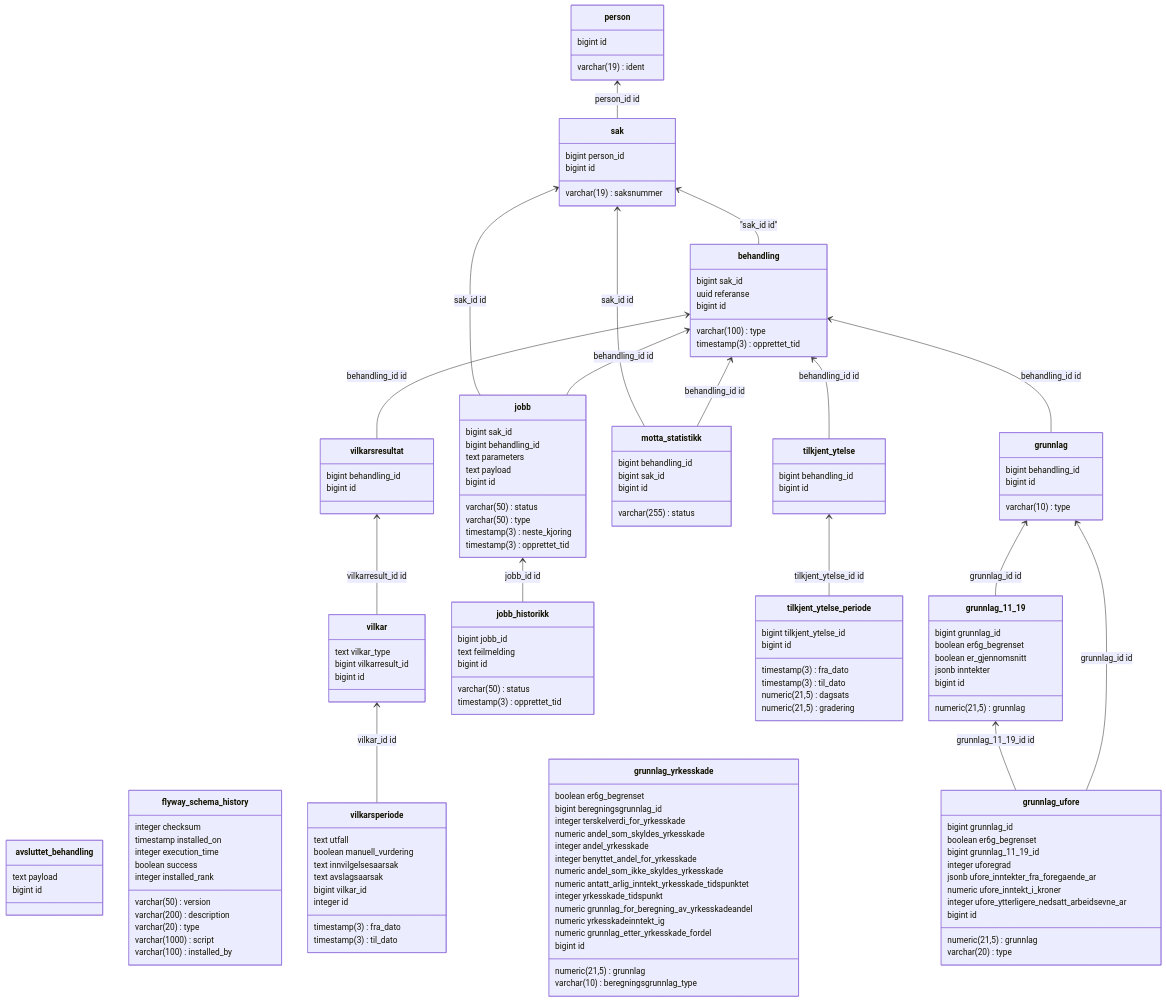
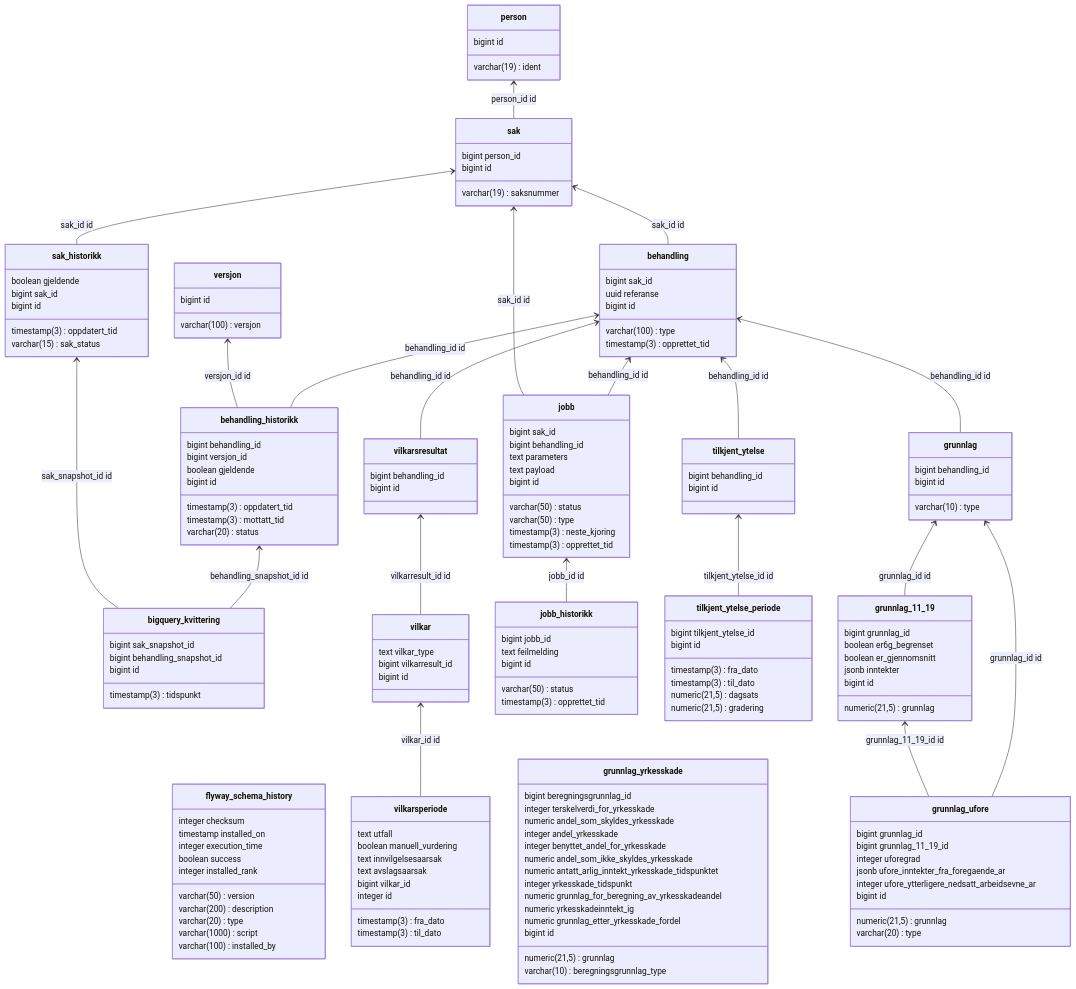
The second of 2 diagrams in docs/funksjonalitet/09_Statistikk/teknisk.md (navikt/aap-intern-sysdok), drawn with Mermaid before and after one commit. The commit also changed other lines of this file, not shown here.

Commit message:
Oppdater arkitekturtegninger statistikkapp

````diff
--- a/docs/funksjonalitet/09_Statistikk/teknisk.md
+++ b/docs/funksjonalitet/09_Statistikk/teknisk.md
@@ -102,15 +94,26 @@
 ```mermaid
 classDiagram
 direction BT
-class avsluttet_behandling {
-   text payload
-   bigint id
-}
 class behandling {
    bigint sak_id
    uuid referanse
    varchar(100) type
    timestamp(3) opprettet_tid
+   bigint id
+}
+class behandling_historikk {
+   bigint behandling_id
+   bigint versjon_id
+   boolean gjeldende
+   timestamp(3) oppdatert_tid
+   timestamp(3) mottatt_tid
+   varchar(20) status
+   bigint id
+}
+class bigquery_kvittering {
+   bigint sak_snapshot_id
+   bigint behandling_snapshot_id
+   timestamp(3) tidspunkt
    bigint id
 }
 class flyway_schema_history {
@@ -141,18 +144,15 @@
 class grunnlag_ufore {
    bigint grunnlag_id
    numeric(21,5) grunnlag
-   boolean er6g_begrenset
    varchar(20) type
    bigint grunnlag_11_19_id
    integer uforegrad
    jsonb ufore_inntekter_fra_foregaende_ar
-   numeric ufore_inntekt_i_kroner
    integer ufore_ytterligere_nedsatt_arbeidsevne_ar
    bigint id
 }
 class grunnlag_yrkesskade {
    numeric(21,5) grunnlag
-   boolean er6g_begrenset
    bigint beregningsgrunnlag_id
    varchar(10) beregningsgrunnlag_type
    integer terskelverdi_for_yrkesskade
@@ -185,12 +185,6 @@
    timestamp(3) opprettet_tid
    bigint id
 }
-class motta_statistikk {
-   bigint behandling_id
-   bigint sak_id
-   varchar(255) status
-   bigint id
-}
 class person {
    varchar(19) ident
    bigint id
@@ -198,6 +192,13 @@
 class sak {
    varchar(19) saksnummer
    bigint person_id
+   bigint id
+}
+class sak_historikk {
+   boolean gjeldende
+   timestamp(3) oppdatert_tid
+   bigint sak_id
+   varchar(15) sak_status
    bigint id
 }
 class tilkjent_ytelse {
@@ -210,6 +211,10 @@
    numeric(21,5) dagsats
    numeric(21,5) gradering
    bigint tilkjent_ytelse_id
+   bigint id
+}
+class versjon {
+   varchar(100) versjon
    bigint id
 }
 class vilkar {
@@ -232,8 +237,11 @@
    bigint id
 }
 
-behandling  -->  sak : "sak_id id"
-
+behandling  -->  sak : sak_id id
+behandling_historikk  -->  behandling : behandling_id id
+behandling_historikk  -->  versjon : versjon_id id
+bigquery_kvittering  -->  behandling_historikk : behandling_snapshot_id id
+bigquery_kvittering  -->  sak_historikk : sak_snapshot_id id
 grunnlag  -->  behandling : behandling_id id
 grunnlag_11_19  -->  grunnlag : grunnlag_id id
 grunnlag_ufore  -->  grunnlag : grunnlag_id id
@@ -241,9 +249,8 @@
 jobb  -->  behandling : behandling_id id
 jobb  -->  sak : sak_id id
 jobb_historikk  -->  jobb : jobb_id id
-motta_statistikk  -->  behandling : behandling_id id
-motta_statistikk  -->  sak : sak_id id
 sak  -->  person : person_id id
+sak_historikk  -->  sak : sak_id id
 tilkjent_ytelse  -->  behandling : behandling_id id
 tilkjent_ytelse_periode  -->  tilkjent_ytelse : tilkjent_ytelse_id id
 vilkar  -->  vilkarsresultat : vilkarresult_id id
````
